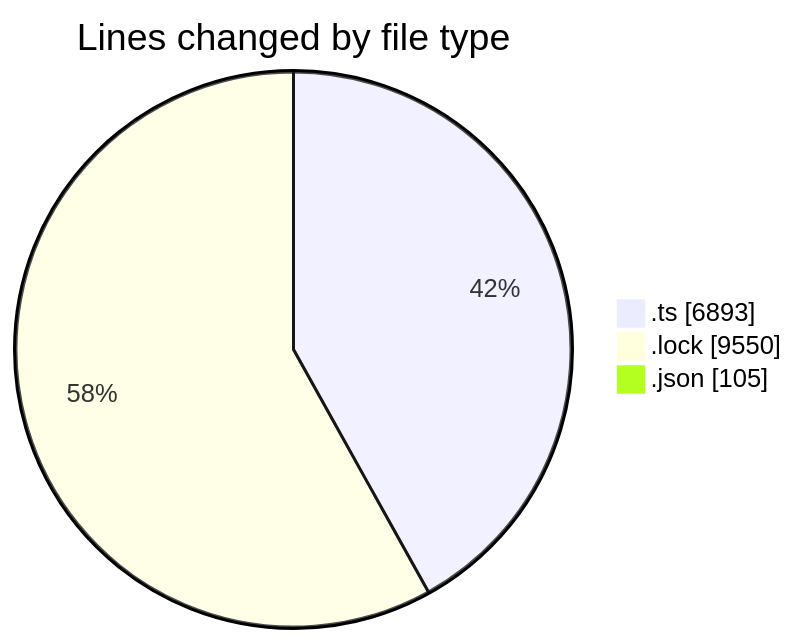
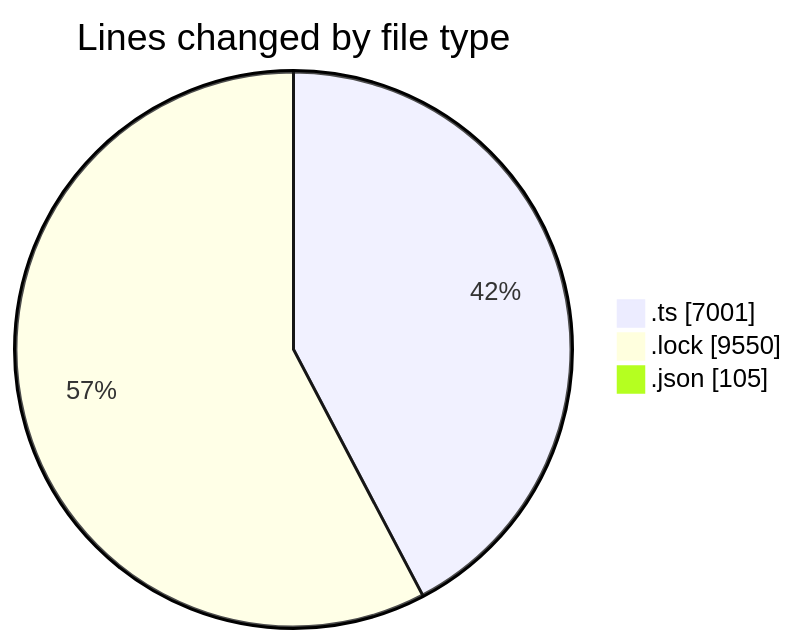
Before and after one commit to momahboobian/code-tracking: the first of 2 diagrams in 2025-10-30/cda/README.md, drawn with Mermaid. The commit also changed other lines of this file and 1 other file, not shown here.

````diff
--- a/2025-10-30/cda/README.md
+++ b/2025-10-30/cda/README.md
@@ -27,7 +27,7 @@
 ```mermaid
 pie showData
 title Lines changed by file type
-".ts" : 6893
+".ts" : 7001
 ".lock" : 9550
 ".json" : 105
 ```
````
